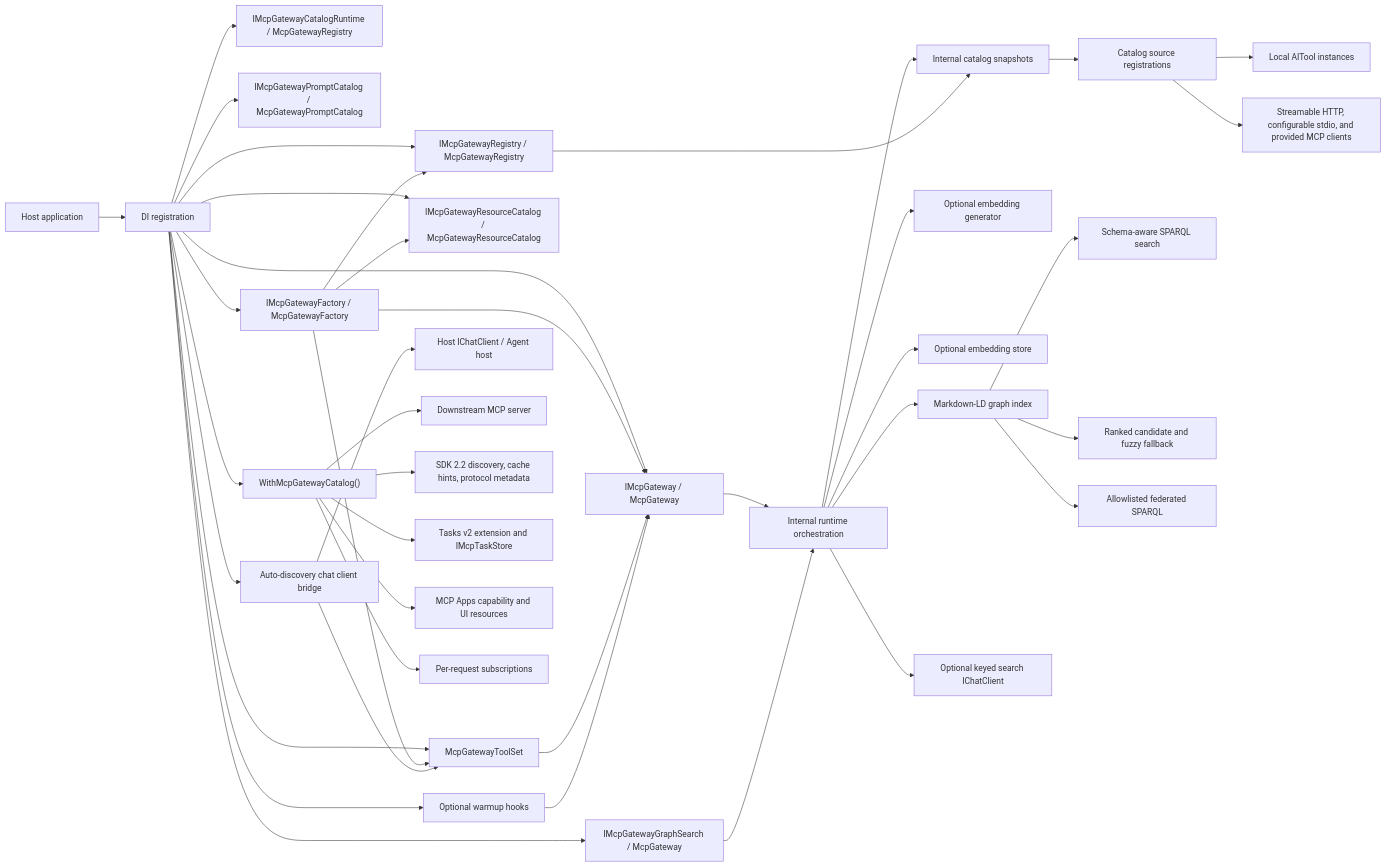
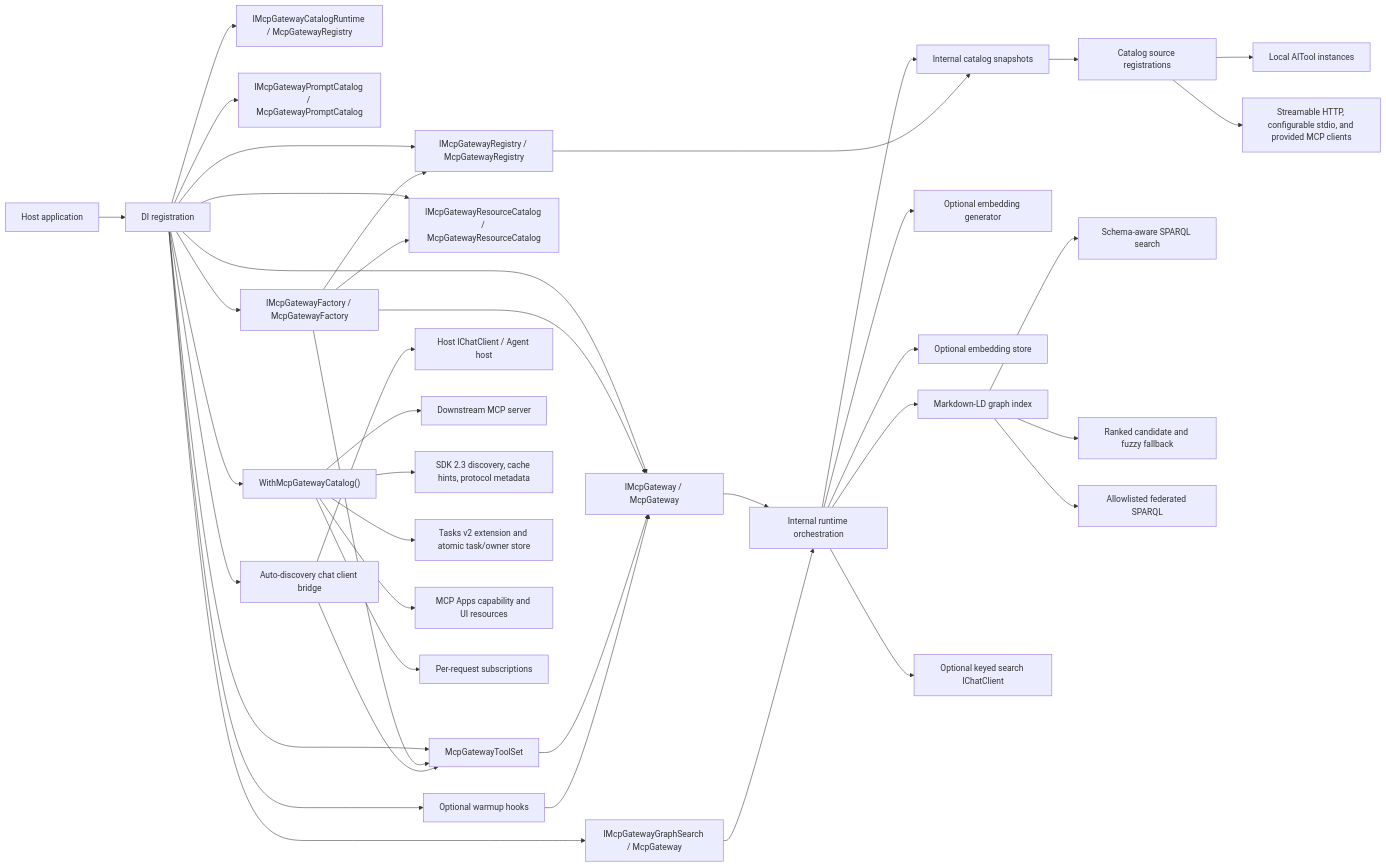
Before and after one commit to managedcode/MCPGateway: the second of 4 diagrams in docs/Architecture/Overview.md, drawn with Mermaid. The commit also changed other lines of this file and 21 other files, not shown here.

Commit message:
Fix durable MCP task access and terminal retention

````diff
--- a/docs/Architecture/Overview.md
+++ b/docs/Architecture/Overview.md
@@ -95,42 +95,42 @@
 ```mermaid
 flowchart LR
     Host["Host application"] --> DI["DI registration"]
     DI --> Facade["IMcpGateway / McpGateway"]
     DI --> Registry["IMcpGatewayRegistry / McpGatewayRegistry"]
     DI --> CatalogRuntime["IMcpGatewayCatalogRuntime / McpGatewayRegistry"]
     DI --> GraphSearch["IMcpGatewayGraphSearch / McpGateway"]
     DI --> PromptCatalog["IMcpGatewayPromptCatalog / McpGatewayPromptCatalog"]
     DI --> ResourceCatalog["IMcpGatewayResourceCatalog / McpGatewayResourceCatalog"]
     DI --> Factory["IMcpGatewayFactory / McpGatewayFactory"]
     DI --> ToolSet["McpGatewayToolSet"]
     DI --> McpServerExport["WithMcpGatewayCatalog()"]
     DI --> AutoDiscovery["Auto-discovery chat client bridge"]
     DI --> Warmup["Optional warmup hooks"]
     Factory --> Facade
     Factory --> Registry
     Factory --> ResourceCatalog
     Factory --> ToolSet
     ToolSet --> Facade
     AutoDiscovery --> ToolSet
     AutoDiscovery --> HostChat["Host IChatClient / Agent host"]
     Warmup --> Facade
     Facade --> Runtime["Internal runtime orchestration"]
     GraphSearch --> Runtime
     Runtime --> Catalog["Internal catalog snapshots"]
     Registry --> Catalog
     Catalog --> Sources["Catalog source registrations"]
     Sources --> Local["Local AITool instances"]
     Sources --> MCP["Streamable HTTP, configurable stdio, and provided MCP clients"]
     McpServerExport --> ExportedMcp["Downstream MCP server"]
-    McpServerExport --> SdkCore["SDK 2.2 discovery, cache hints, protocol metadata"]
-    McpServerExport --> Tasks["Tasks v2 extension and IMcpTaskStore"]
+    McpServerExport --> SdkCore["SDK 2.3 discovery, cache hints, protocol metadata"]
+    McpServerExport --> Tasks["Tasks v2 extension and atomic task/owner store"]
     McpServerExport --> Apps["MCP Apps capability and UI resources"]
     McpServerExport --> Subscriptions["Per-request subscriptions"]
     Runtime --> Embedder["Optional embedding generator"]
     Runtime --> Store["Optional embedding store"]
     Runtime --> Graph["Markdown-LD graph index"]
     Graph --> SchemaSparql["Schema-aware SPARQL search"]
     Graph --> RankedCandidates["Ranked candidate and fuzzy fallback"]
     Graph --> FederatedSparql["Allowlisted federated SPARQL"]
     Runtime --> Normalizer["Optional keyed search IChatClient"]
 ```
````
